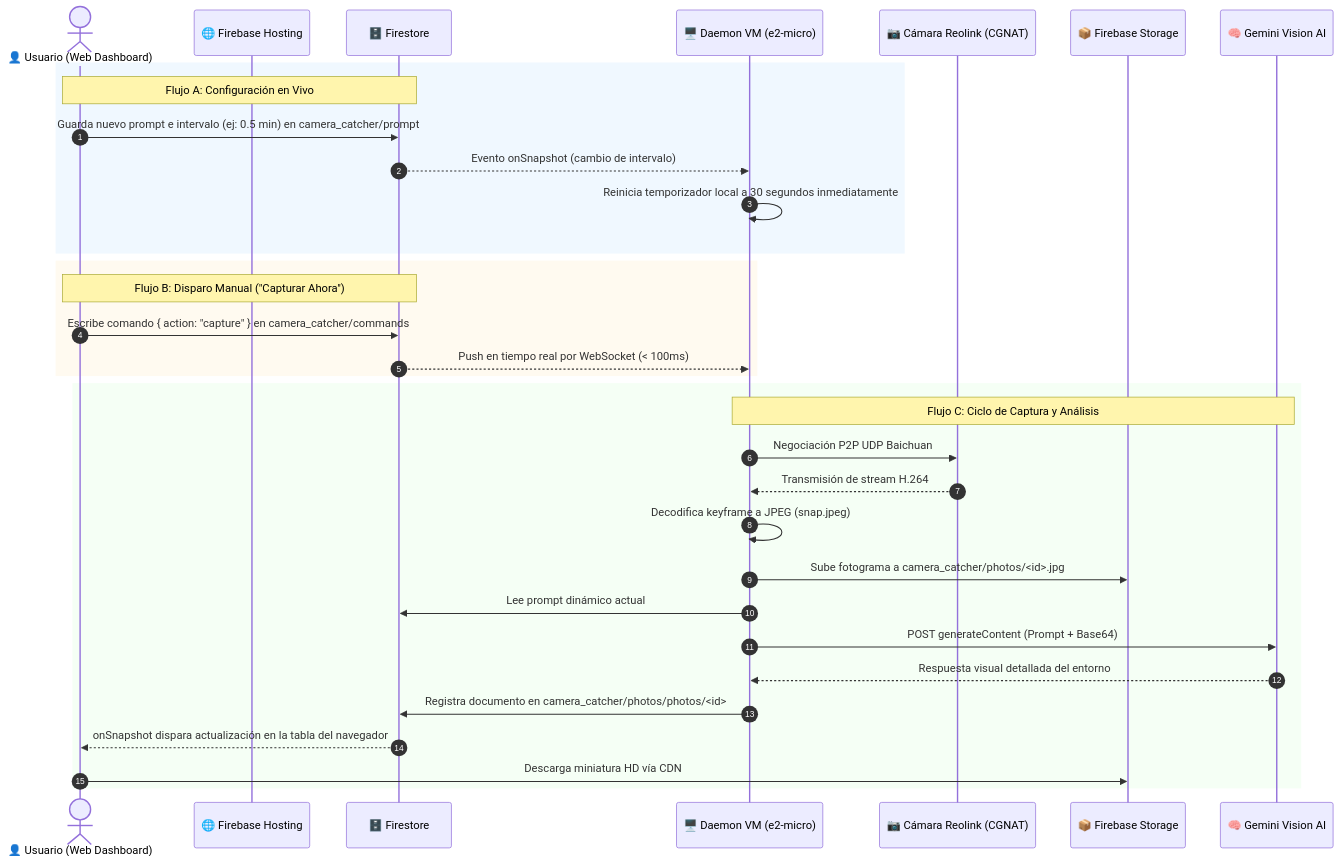
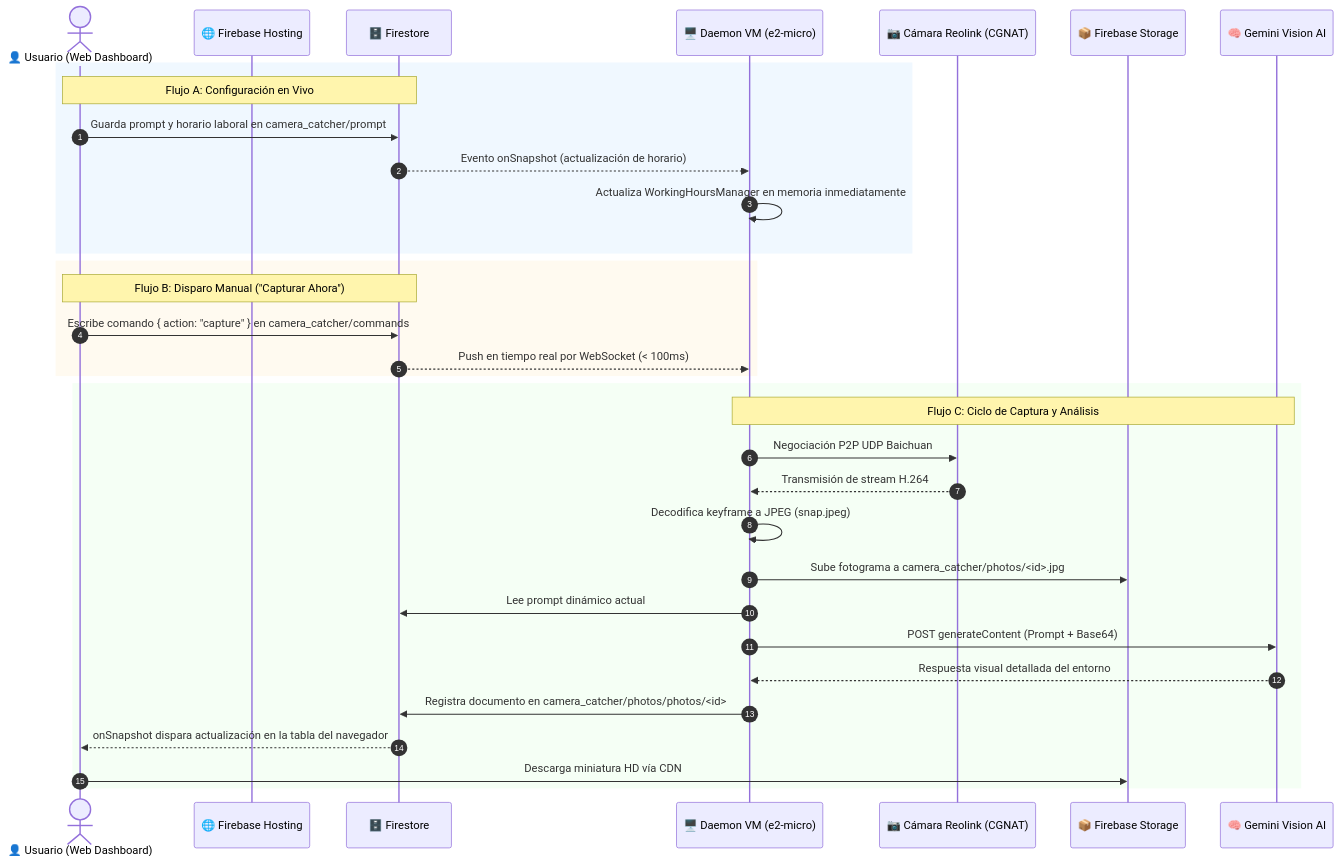
One commit to mijahilbarra/smartcam changed the second of 2 diagrams in agent/decisions/index.md. Above: the diagram before and after it, drawn with Mermaid. The commit also changed other lines of this file and 21 other files, not shown here.

````diff
--- a/agent/decisions/index.md
+++ b/agent/decisions/index.md
@@ -71,38 +71,38 @@
 ```mermaid
 sequenceDiagram
     autonumber
     actor Usuario as 👤 Usuario (Web Dashboard)
     participant Hosting as 🌐 Firebase Hosting
     participant Firestore as 🗄️ Firestore
     participant VM as 🖥️ Daemon VM (e2-micro)
     participant Cam as 📷 Cámara Reolink (CGNAT)
     participant Storage as 📦 Firebase Storage
     participant Gemini as 🧠 Gemini Vision AI
 
     rect rgb(240, 248, 255)
         note over Usuario,Firestore: Flujo A: Configuración en Vivo
-        Usuario->>Firestore: Guarda nuevo prompt e intervalo (ej: 0.5 min) en camera_catcher/prompt
-        Firestore-->>VM: Evento onSnapshot (cambio de intervalo)
-        VM->>VM: Reinicia temporizador local a 30 segundos inmediatamente
+        Usuario->>Firestore: Guarda prompt y horario laboral en camera_catcher/prompt
+        Firestore-->>VM: Evento onSnapshot (actualización de horario)
+        VM->>VM: Actualiza WorkingHoursManager en memoria inmediatamente
     end
 
     rect rgb(255, 250, 240)
         note over Usuario,Firestore: Flujo B: Disparo Manual ("Capturar Ahora")
         Usuario->>Firestore: Escribe comando { action: "capture" } en camera_catcher/commands
         Firestore-->>VM: Push en tiempo real por WebSocket (< 100ms)
     end
 
     rect rgb(245, 255, 245)
         note over VM,Gemini: Flujo C: Ciclo de Captura y Análisis
         VM->>Cam: Negociación P2P UDP Baichuan
         Cam-->>VM: Transmisión de stream H.264
         VM->>VM: Decodifica keyframe a JPEG (snap.jpeg)
         VM->>Storage: Sube fotograma a camera_catcher/photos/<id>.jpg
         VM->>Firestore: Lee prompt dinámico actual
         VM->>Gemini: POST generateContent (Prompt + Base64)
         Gemini-->>VM: Respuesta visual detallada del entorno
         VM->>Firestore: Registra documento en camera_catcher/photos/photos/<id>
         Firestore-->>Usuario: onSnapshot dispara actualización en la tabla del navegador
         Usuario->>Storage: Descarga miniatura HD vía CDN
     end
 ```
````
